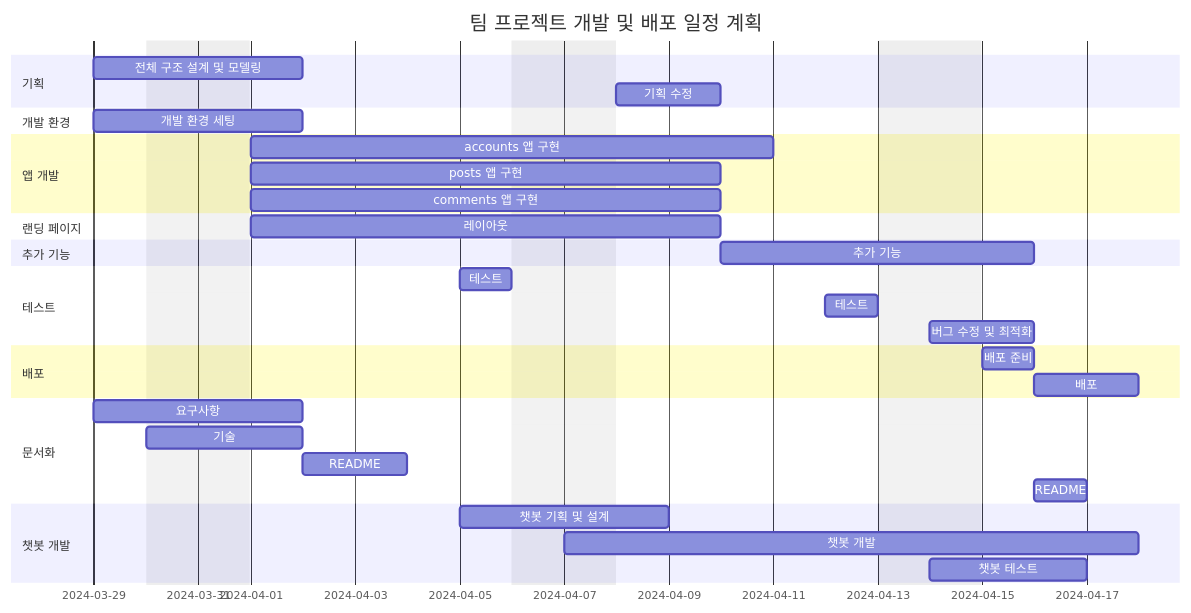
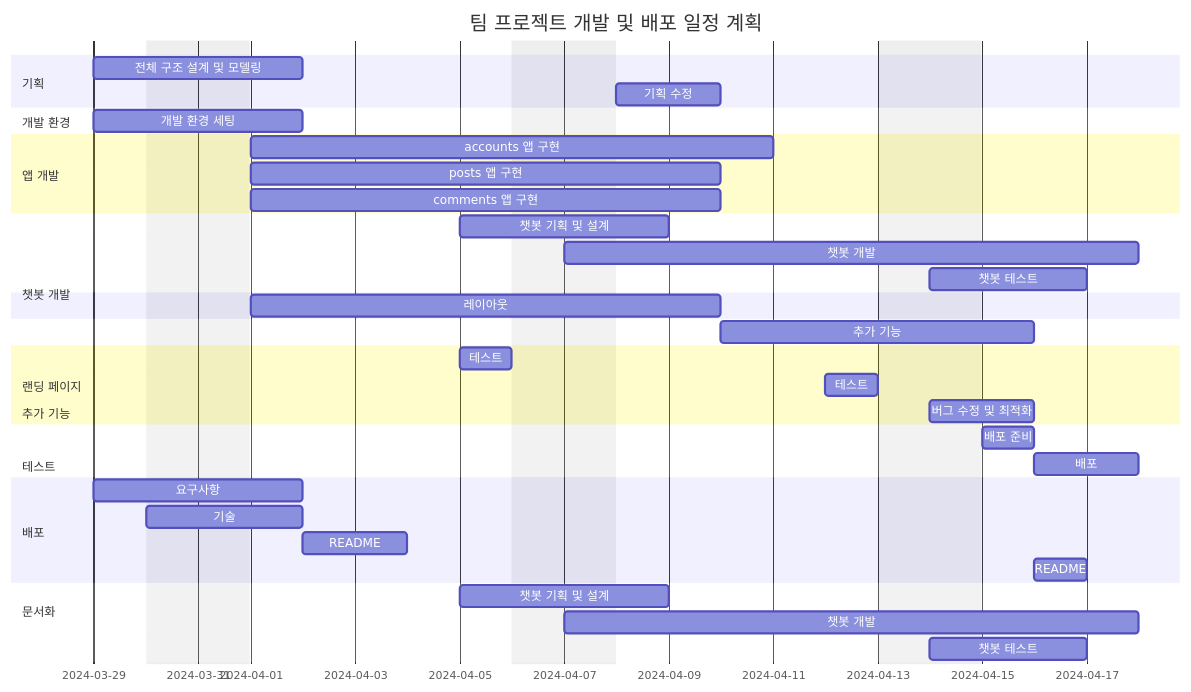
The third of 3 diagrams in README.md (seungil1/recommand_tour), drawn with Mermaid before and after one commit.

````diff
--- a/README.md
+++ b/README.md
@@ -84,44 +84,49 @@
 ```mermaid
 gantt
     dateFormat  YYYY-MM-DD
     title 팀 프로젝트 개발 및 배포 일정 계획
     excludes weekends
 
     section 기획
     전체 구조 설계 및 모델링 :des1, 2024-03-29, 2d
     기획 수정 : 2024-04-08, 2d
 
     section 개발 환경
     개발 환경 세팅 :set1, 2024-03-29, 2d
 
     section 앱 개발
     accounts 앱 구현 :acc1, 2024-04-01, 8d
     posts 앱 구현 :pos1, 2024-04-01, 7d
     comments 앱 구현 :com1, 2024-04-01, 7d
+
+       section 챗봇 개발
+    챗봇 기획 및 설계 :chat1, 2024-04-05, 2d
+    챗봇 개발 :chat2, 2024-04-07, 9d
+    챗봇 테스트 :chat3, 2024-04-14, 3d
 
     section 랜딩 페이지
     레이아웃 :lan1, 2024-04-01, 7d
 
     section 추가 기능
     추가 기능 : 2024-04-10, 4d
 
     section 테스트
     테스트 : 2024-04-05, 1d
     테스트 : 2024-04-12, 1d
     버그 수정 및 최적화 : 2024-04-14, 2d
 
     section 배포
     배포 준비 :deploy1, 2024-04-15, 1d
     배포 :deploy2, after deploy1, 2d
     
     section 문서화
     요구사항 : 2024-03-29, 1.5d
     기술 : 2024-03-30, 2d
     README : 2024-04-02, 2d
     README : doc1, 2024-04-16, 1d
 
    section 챗봇 개발
     챗봇 기획 및 설계 :chat1, 2024-04-05, 2d
     챗봇 개발 :chat2, 2024-04-07, 9d
     챗봇 테스트 :chat3, 2024-04-14, 3d
 ```
````
